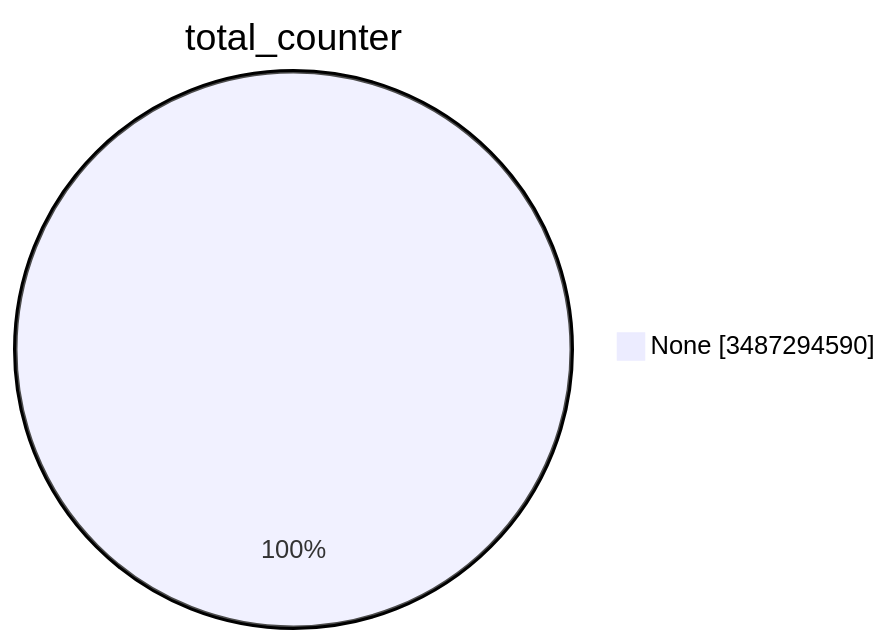
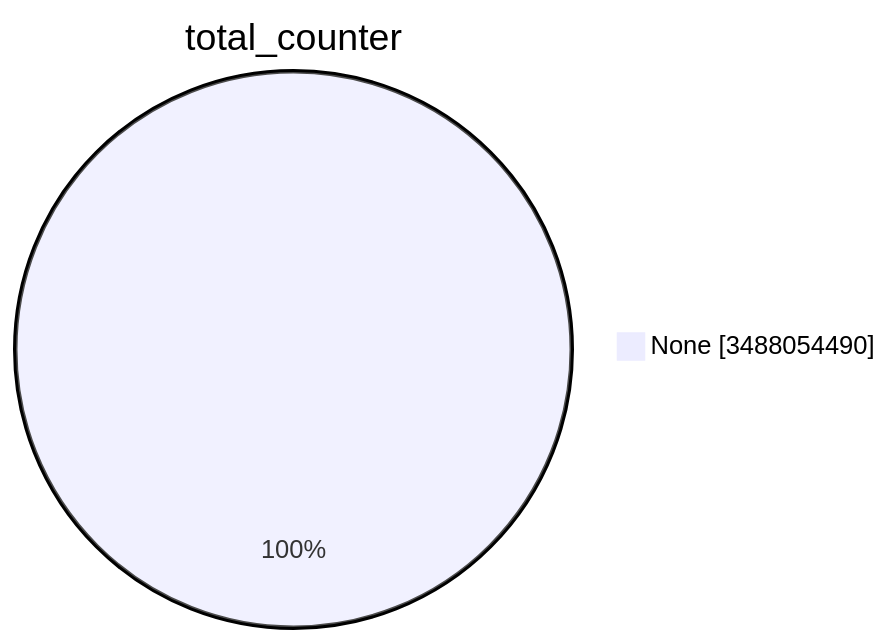
One commit to christiankrug/ctmonitor_visualization changed the first of 15 diagrams in TOTAL/README.md. Above: the diagram before and after it, drawn with Mermaid. The commit also changed other lines of this file, not shown here.

````diff
--- a/TOTAL/README.md
+++ b/TOTAL/README.md
@@ -1,5 +1,5 @@
 ```mermaid
 pie showData
 title total_counter
-"None" :3487294590
+"None" :3488054490
 ```
````
